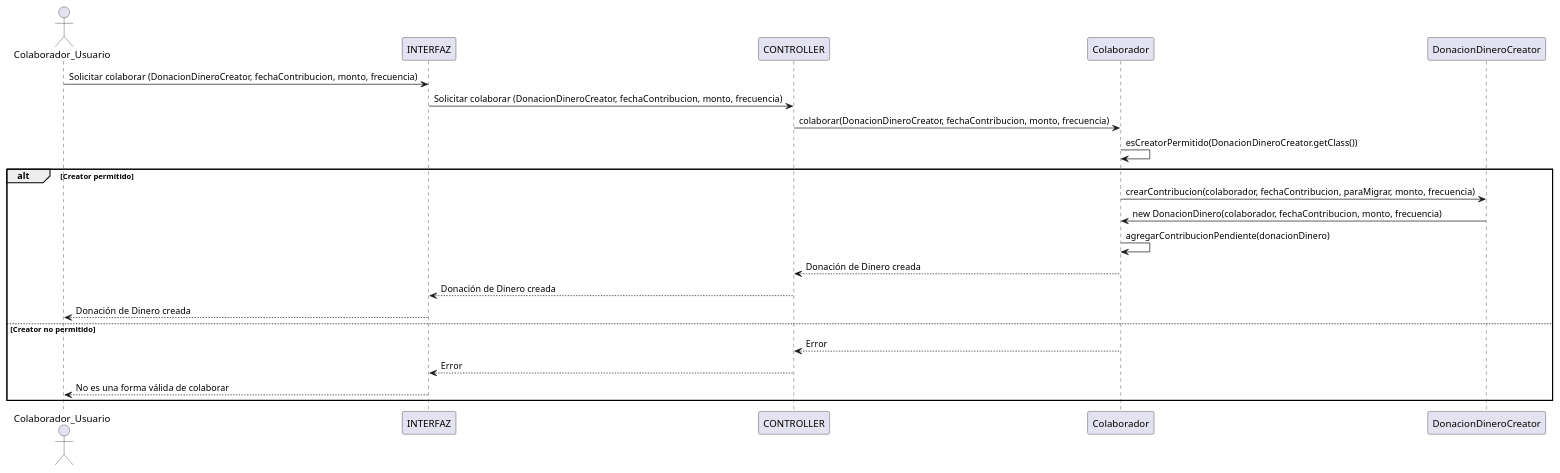
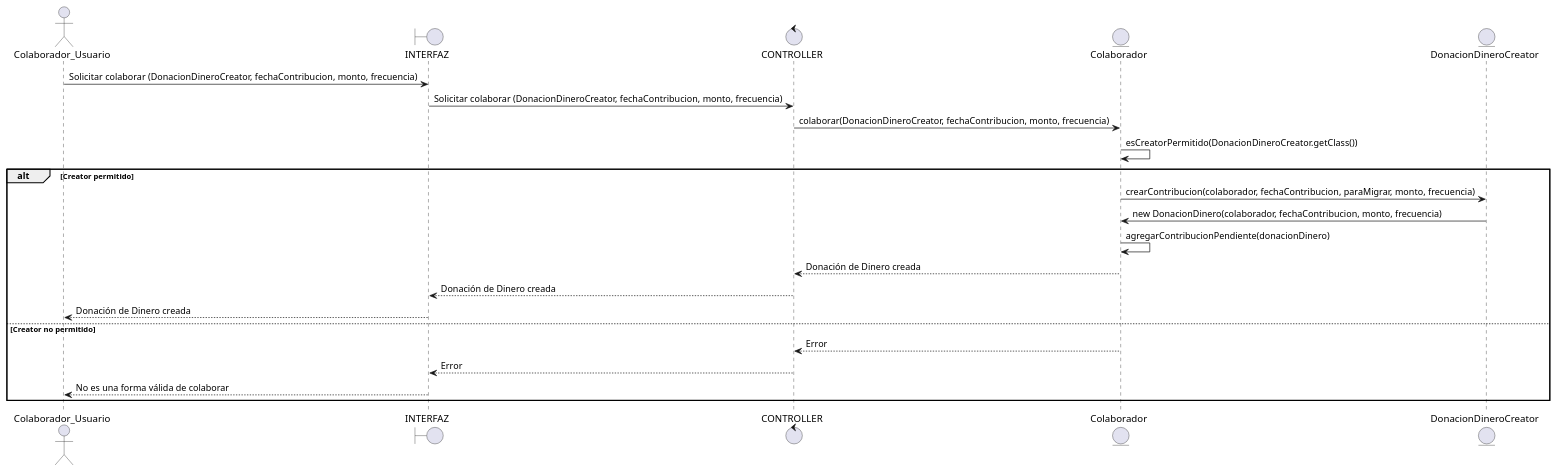
Before and after one commit to luciacosenza/DDS-grupo10: the diagram in proyecto_heladeras_solidarias/docs/plant_uml/diagramas_secuencia/donar_dinero/donar_dinero_colaborar.plantuml, drawn with PlantUML. The commit also changed 16 other files, not shown here.

Commit message:
Agrego iconos correctos a diagramas de secuencia

```diff
--- a/proyecto_heladeras_solidarias/docs/plant_uml/diagramas_secuencia/donar_dinero/donar_dinero_colaborar.plantuml
+++ b/proyecto_heladeras_solidarias/docs/plant_uml/diagramas_secuencia/donar_dinero/donar_dinero_colaborar.plantuml
@@ -1,24 +1,24 @@
 @startuml donar_dinero_colaborar
 actor Colaborador_Usuario as User
-participant INTERFAZ
-participant CONTROLLER
-participant "Colaborador" as Colaborador
-participant "DonacionDineroCreator" as DonarDineroCreator
+boundary INTERFAZ
+control CONTROLLER
+entity "Colaborador" as Colaborador
+entity "DonacionDineroCreator" as DonarDineroCreator
 
 User -> INTERFAZ: Solicitar colaborar (DonacionDineroCreator, fechaContribucion, monto, frecuencia)
 INTERFAZ -> CONTROLLER: Solicitar colaborar (DonacionDineroCreator, fechaContribucion, monto, frecuencia)
 CONTROLLER -> Colaborador: colaborar(DonacionDineroCreator, fechaContribucion, monto, frecuencia)
 Colaborador -> Colaborador: esCreatorPermitido(DonacionDineroCreator.getClass())
 alt Creator permitido
     Colaborador -> DonarDineroCreator: crearContribucion(colaborador, fechaContribucion, paraMigrar, monto, frecuencia)
     DonarDineroCreator -> Colaborador: new DonacionDinero(colaborador, fechaContribucion, monto, frecuencia)
     Colaborador -> Colaborador: agregarContribucionPendiente(donacionDinero)
     Colaborador --> CONTROLLER: Donación de Dinero creada
     CONTROLLER --> INTERFAZ: Donación de Dinero creada
     INTERFAZ --> User: Donación de Dinero creada
 else Creator no permitido
     Colaborador --> CONTROLLER: Error
     CONTROLLER --> INTERFAZ: Error
     INTERFAZ --> User: No es una forma válida de colaborar
 end
 @enduml
```
